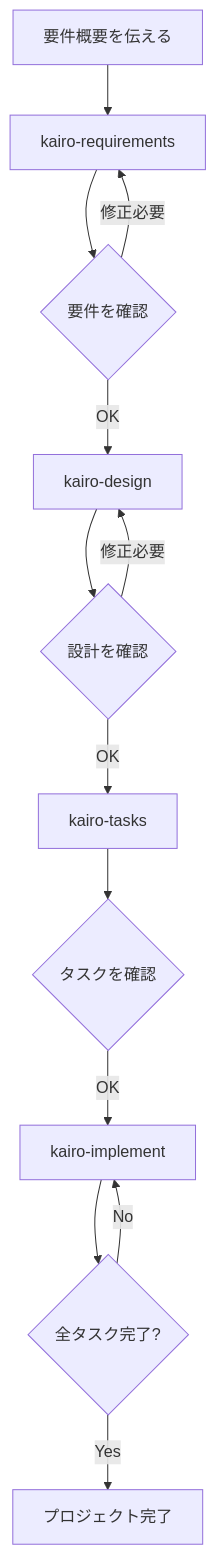
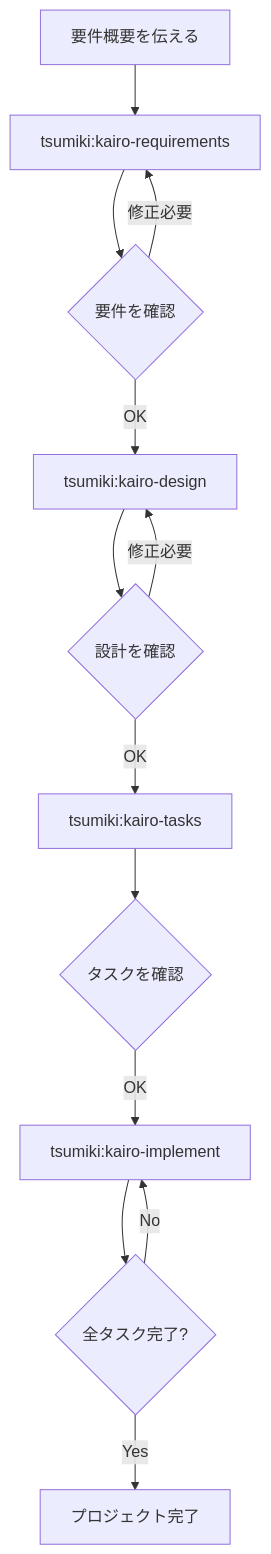
Before and after one commit to imaizumi-tohka/tsumiki: the diagram in MANUAL.md, drawn with Mermaid. The commit also changed other lines of this file and 3 other files, not shown here.

````diff
--- a/MANUAL.md
+++ b/MANUAL.md
@@ -309,15 +316,15 @@
 ```mermaid
 flowchart TD
-    A[要件概要を伝える] --> B[kairo-requirements]
+    A[要件概要を伝える] --> B[tsumiki:kairo-requirements]
     B --> C{要件を確認}
     C -->|修正必要| B
-    C -->|OK| D[kairo-design]
+    C -->|OK| D[tsumiki:kairo-design]
     D --> E{設計を確認}
     E -->|修正必要| D
-    E -->|OK| F[kairo-tasks]
+    E -->|OK| F[tsumiki:kairo-tasks]
     F --> G{タスクを確認}
-    G -->|OK| H[kairo-implement]
+    G -->|OK| H[tsumiki:kairo-implement]
     H --> I{全タスク完了?}
     I -->|No| H
     I -->|Yes| J[プロジェクト完了]
 ```
````
